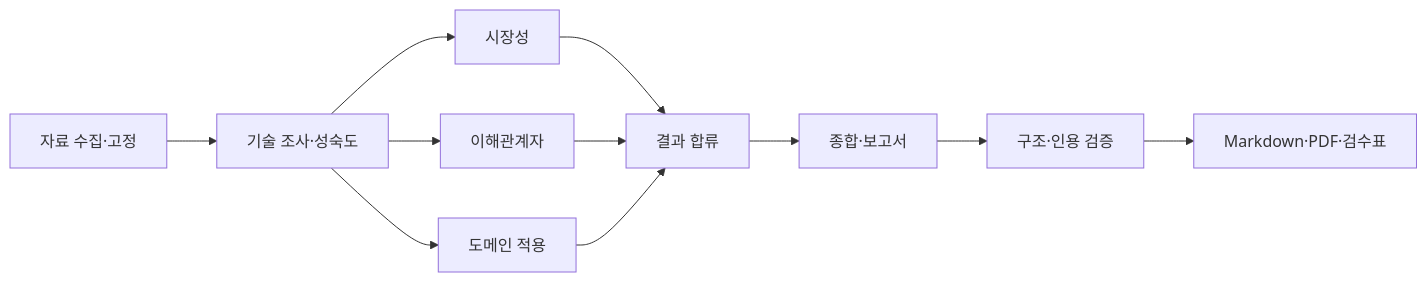
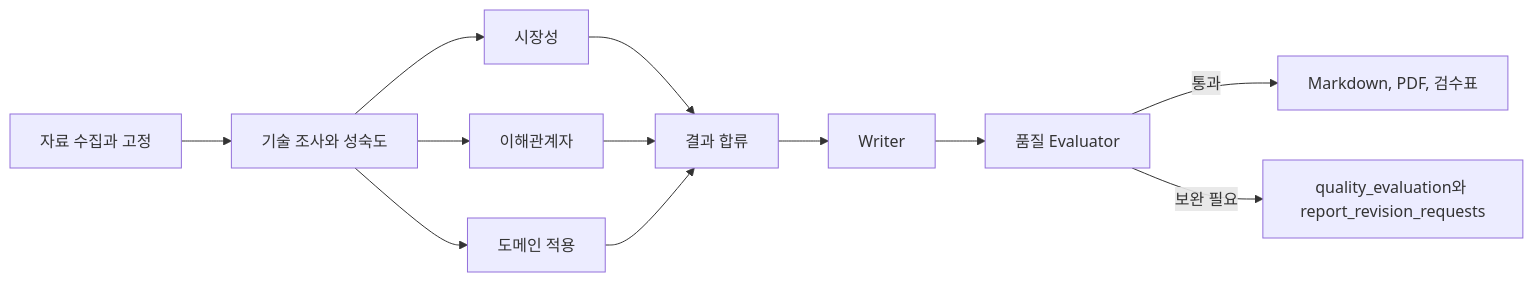
The diagram in README.md (pbjuni1007-cmyk/skala-rag-project), drawn with Mermaid before and after one commit. The commit also changed other lines of this file and 1 other file, not shown here.

````diff
--- a/README.md
+++ b/README.md
@@ -68,13 +70,14 @@
 ```mermaid
 flowchart LR
- P[자료 수집·고정] --> R[기술 조사·성숙도]
+ P[자료 수집과 고정] --> R[기술 조사와 성숙도]
  R --> M[시장성]
  R --> S[이해관계자]
  R --> D[도메인 적용]
  M --> J[결과 합류]
  S --> J
  D --> J
- J --> Y[종합·보고서]
- Y --> V[구조·인용 검증]
- V --> O[Markdown·PDF·검수표]
+ J --> Y[Writer]
+ Y --> V[품질 Evaluator]
+ V -->|통과| O[Markdown, PDF, 검수표]
+ V -->|보완 필요| F[quality_evaluation와 report_revision_requests]
 ```
````
